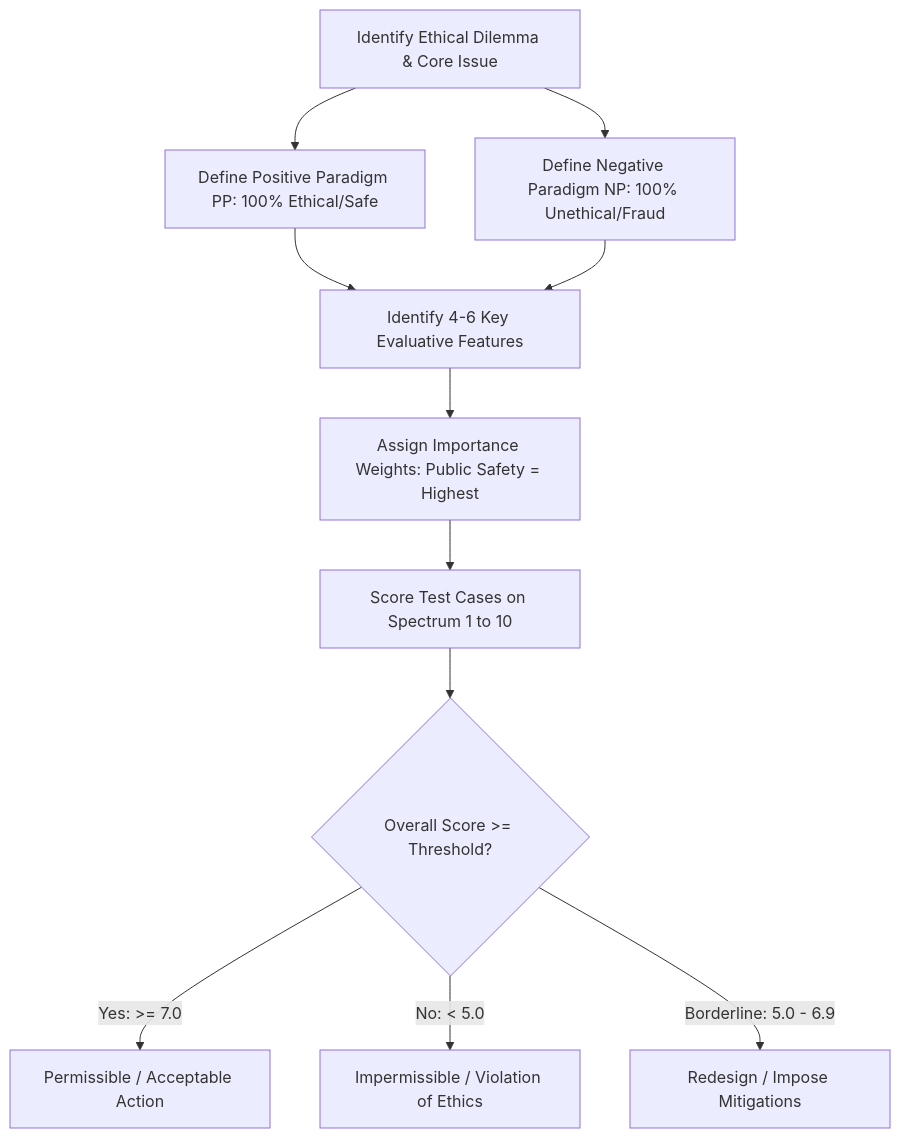
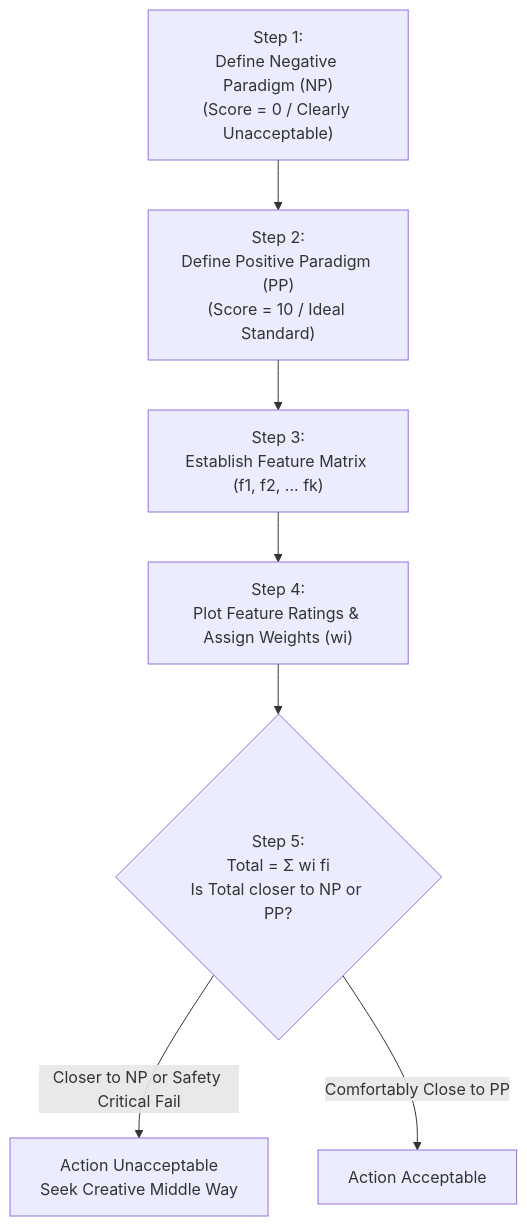
Before and after one commit to SMTEmon/2-2: the third of 3 diagrams in Engg. Ethics/Final/Final - Open-Book-Exam-Cheat-Sheet.md, drawn with Mermaid. The commit also changed other lines of this file and 32 other files, not shown here.

````diff
--- a/Engg. Ethics/Final/Final - Open-Book-Exam-Cheat-Sheet.md
+++ b/Engg. Ethics/Final/Final - Open-Book-Exam-Cheat-Sheet.md
@@ -84,13 +133,9 @@
 ```mermaid
-flowchart TD
-    A[Identify Ethical Dilemma & Core Issue] --> B[Define Positive Paradigm PP: 100% Ethical/Safe]
-    A --> C[Define Negative Paradigm NP: 100% Unethical/Fraud]
-    B --> D[Identify 4-6 Key Evaluative Features]
-    C --> D
-    D --> E[Assign Importance Weights: Public Safety = Highest]
-    E --> F[Score Test Cases on Spectrum 1 to 10]
-    F --> G{Overall Score >= Threshold?}
-    G -->|Yes: >= 7.0| H[Permissible / Acceptable Action]
-    G -->|No: < 5.0| I[Impermissible / Violation of Ethics]
-    G -->|Borderline: 5.0 - 6.9| J[Redesign / Impose Mitigations]
+graph TD
+    A["Step 1:<br>Define Negative Paradigm (NP)<br>(Score = 0 / Clearly Unacceptable)"] --> B["Step 2:<br>Define Positive Paradigm (PP)<br>(Score = 10 / Ideal Standard)"]
+    B --> C["Step 3:<br>Establish Feature Matrix (f1, f2, ... fk)"]
+    C --> D["Step 4:<br>Plot Feature Ratings & Assign Weights (wi)"]
+    D --> E{"Step 5:<br>Total = Σ wi fi<br>Is Total closer to NP or PP?"}
+    E -->|Closer to NP or Safety Critical Fail| F["Action Unacceptable<br>Seek Creative Middle Way"]
+    E -->|Comfortably Close to PP| G["Action Acceptable"]
 ```
````
